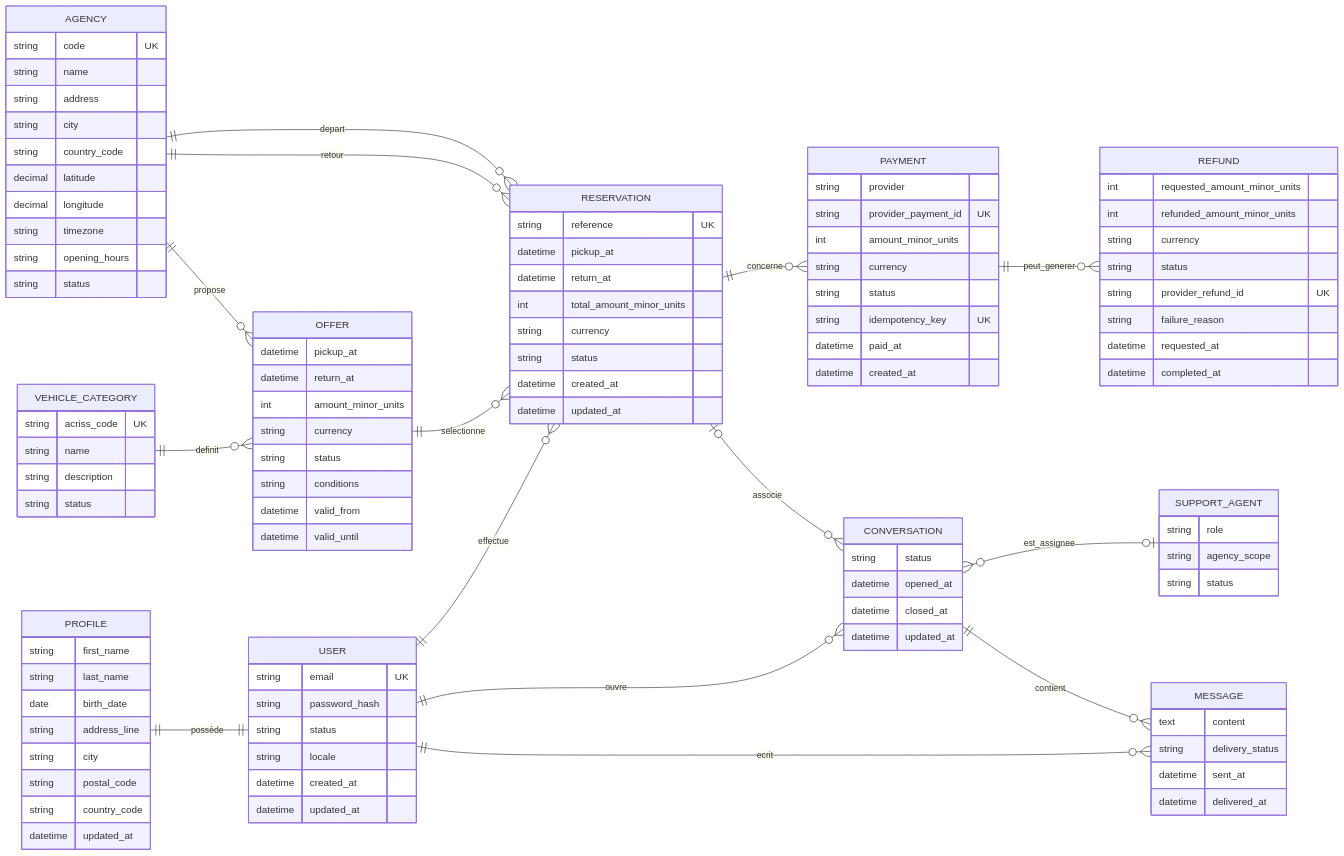
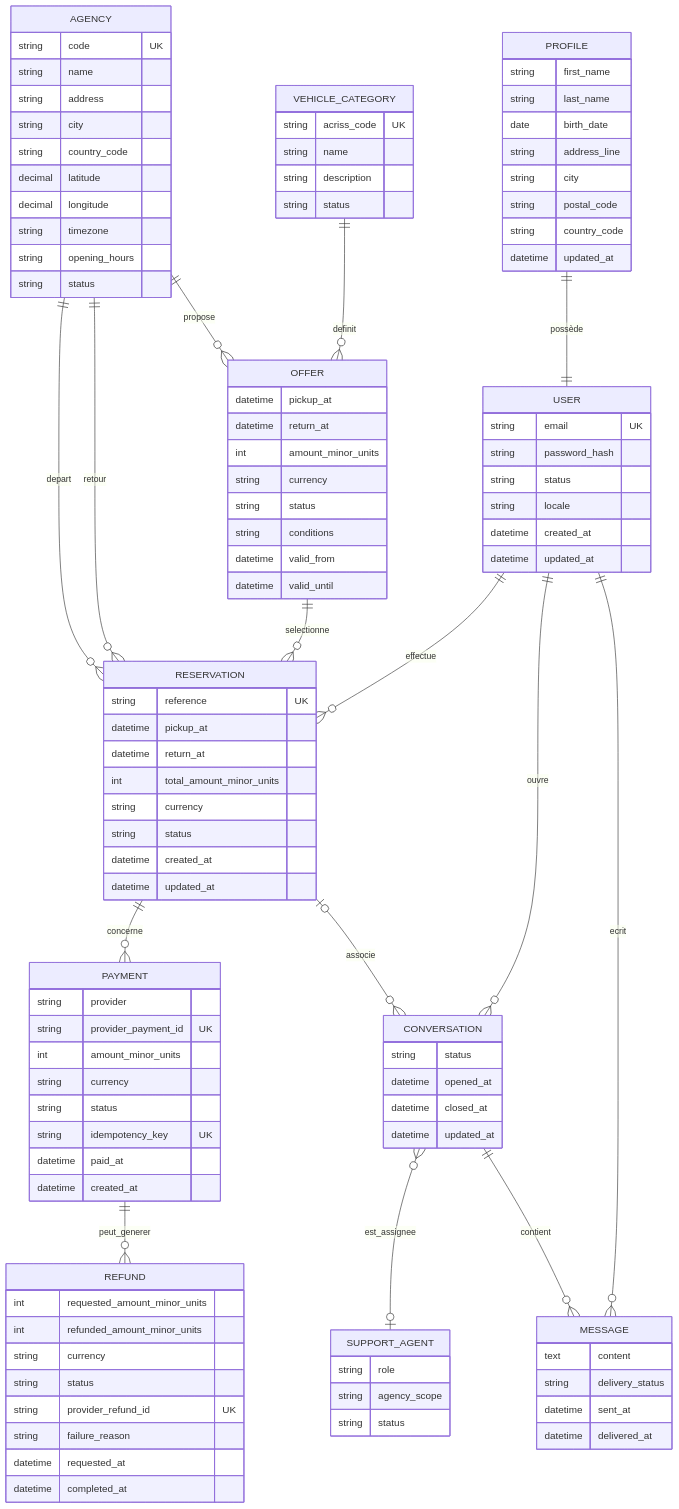
The second of 2 diagrams in docs/proposition_architecture.md (tremran/ocr-p10-location), drawn with Mermaid before and after one commit.

Commit message:
Simplify ER diagram by removing direction
Removed the direction LR from the mermaid ER diagram for simplification.

````diff
--- a/docs/proposition_architecture.md
+++ b/docs/proposition_architecture.md
@@ -500,6 +500,5 @@
 ```mermaid
 erDiagram
-    direction LR
     SUPPORT_AGENT
     AGENCY ||--o{ RESERVATION : depart
     PROFILE ||--|| USER : possède
````
